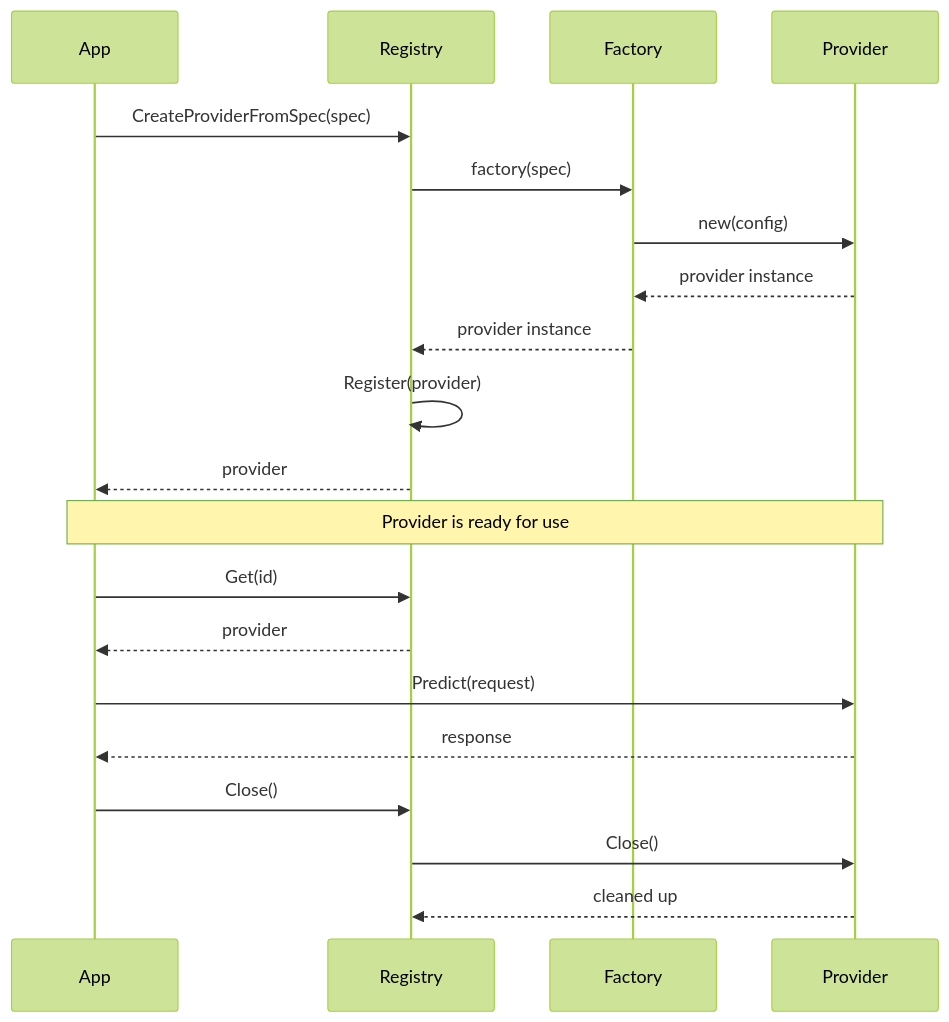
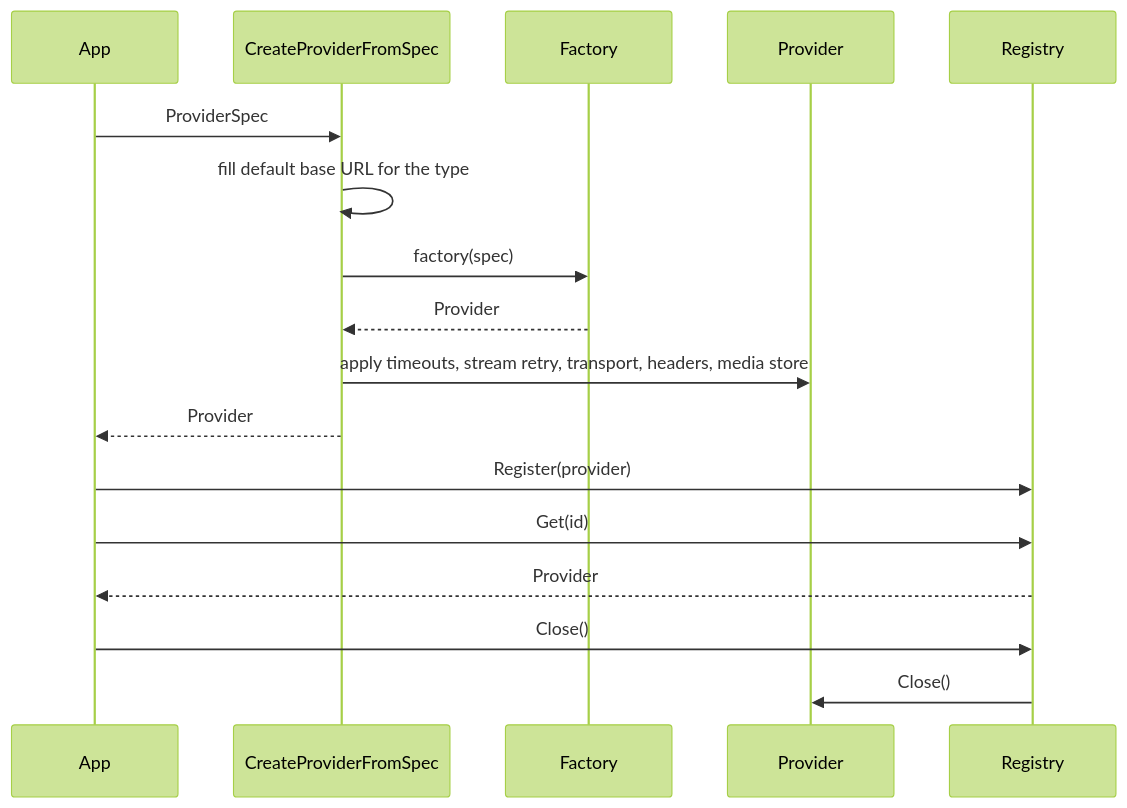
One commit to AltairaLabs/PromptKit changed the second of 5 diagrams in docs/src/content/docs/architecture/runtime-providers.md. Above: the diagram before and after it, drawn with Mermaid (forest theme). The commit also changed other lines of this file and 35 other files, not shown here.

First line of the commit message:
docs: review the explanation and architecture pages against the code (#2343)

````diff
--- a/docs/src/content/docs/architecture/runtime-providers.md
+++ b/docs/src/content/docs/architecture/runtime-providers.md
@@ -246,27 +144,20 @@
 ```mermaid
 sequenceDiagram
     participant App
-    participant Registry
+    participant Spec as CreateProviderFromSpec
     participant Factory
     participant Provider
+    participant Registry
 
-    App->>Registry: CreateProviderFromSpec(spec)
-    Registry->>Factory: factory(spec)
-    Factory->>Provider: new(config)
-    Provider-->>Factory: provider instance
-    Factory-->>Registry: provider instance
-    Registry->>Registry: Register(provider)
-    Registry-->>App: provider
-
-    Note over App,Provider: Provider is ready for use
-
+    App->>Spec: ProviderSpec
+    Spec->>Spec: fill default base URL for the type
+    Spec->>Factory: factory(spec)
+    Factory-->>Spec: Provider
+    Spec->>Provider: apply timeouts, stream retry, transport, headers, media store
+    Spec-->>App: Provider
+    App->>Registry: Register(provider)
     App->>Registry: Get(id)
-    Registry-->>App: provider
-
-    App->>Provider: Predict(request)
-    Provider-->>App: response
-
+    Registry-->>App: Provider
     App->>Registry: Close()
     Registry->>Provider: Close()
-    Provider-->>Registry: cleaned up
 ```
````
